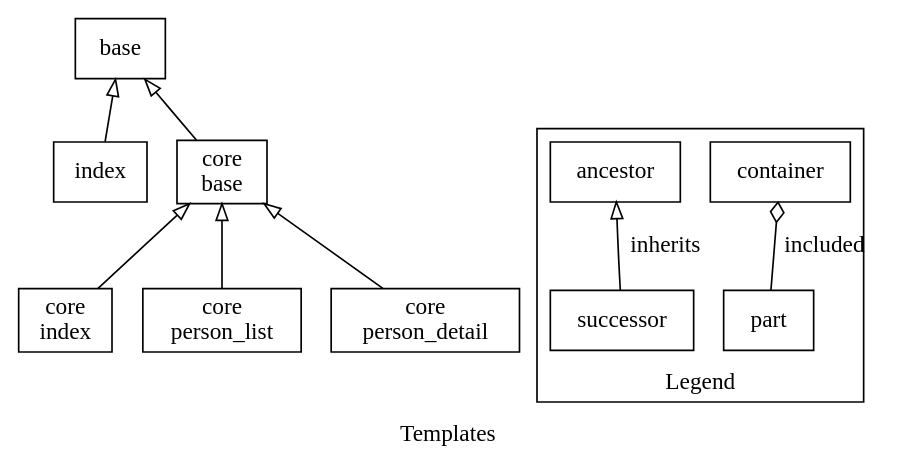
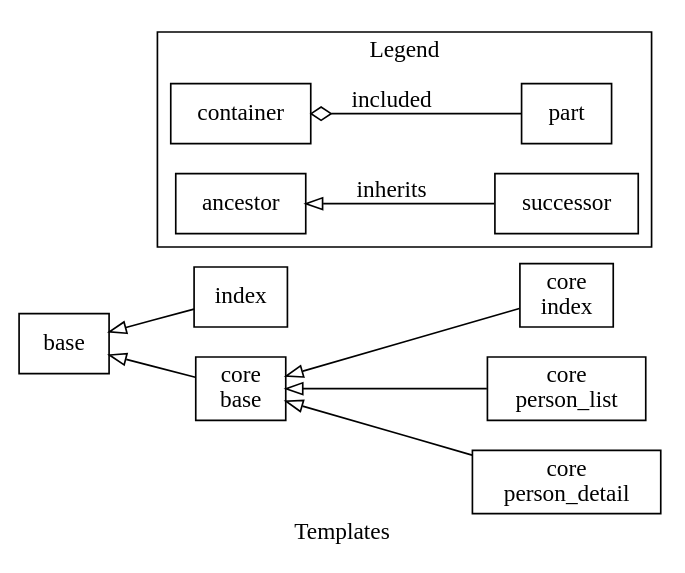
Before and after one commit to tieugene/uprojects: the diagram in cms/cmsdj/_dox_/templates.dot, drawn with Graphviz. The commit also changed 822 other files, not shown here.

```diff
--- a/cms/cmsdj/_dox_/templates.dot
+++ b/cms/cmsdj/_dox_/templates.dot
@@ -1,17 +1,17 @@
 // dot -Tsvg -o templates.svg templates.dot
 
 digraph templates {
  label = "Templates";
- rankdir = BT;
+ rankdir = RL;
  node [shape = rectangle];
  index -> base [arrowhead = onormal];
  "core\nbase" -> base [arrowhead = onormal];
  "core\nindex" -> "core\nbase"  [arrowhead = onormal];
  "core\nperson_list" -> "core\nbase"  [arrowhead = onormal];
  "core\nperson_detail" -> "core\nbase"  [arrowhead = onormal];
  subgraph cluster0 {
   label = "Legend";
   part -> container [arrowhead = odiamond, label="included"];
   successor -> ancestor [arrowhead = onormal, label="inherits"];
  }
 }
```
